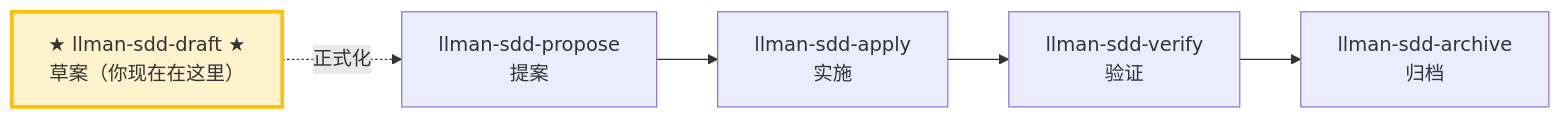
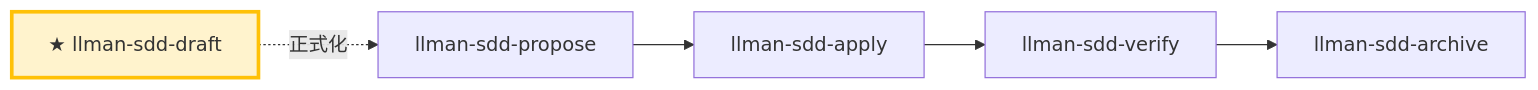
Before and after one commit to StrayDragon/xylitol: the diagram in .agents/skills/llman-sdd-draft/SKILL.md, drawn with Mermaid. The commit also changed other lines of this file and 13 other files, not shown here.

First line of the commit message:
chore(skills): refresh llman-sdd skills to 0.5.0 official templates (init --update)

````diff
--- a/.agents/skills/llman-sdd-draft/SKILL.md
+++ b/.agents/skills/llman-sdd-draft/SKILL.md
@@ -14,9 +14,7 @@
 ```mermaid
 flowchart LR
-    draft["★ llman-sdd-draft ★<br/>草案（你现在在这里）"] -.->|"正式化"| propose["llman-sdd-propose<br/>提案"]
-    propose --> apply["llman-sdd-apply<br/>实施"]
-    apply --> verify["llman-sdd-verify<br/>验证"]
-    verify --> archive["llman-sdd-archive<br/>归档"]
+    draft["★ llman-sdd-draft"] -.->|"正式化"| propose["llman-sdd-propose"]
+    propose --> apply["llman-sdd-apply"] --> verify["llman-sdd-verify"] --> archive["llman-sdd-archive"]
 
     style draft fill:#fff3cd,stroke:#ffc107,stroke-width:3px
 ```
````
